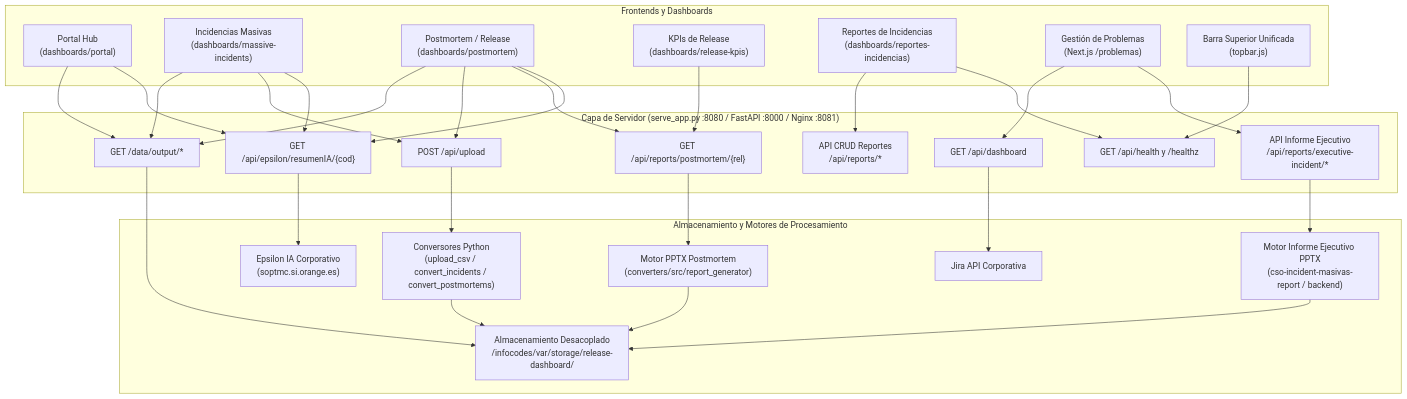
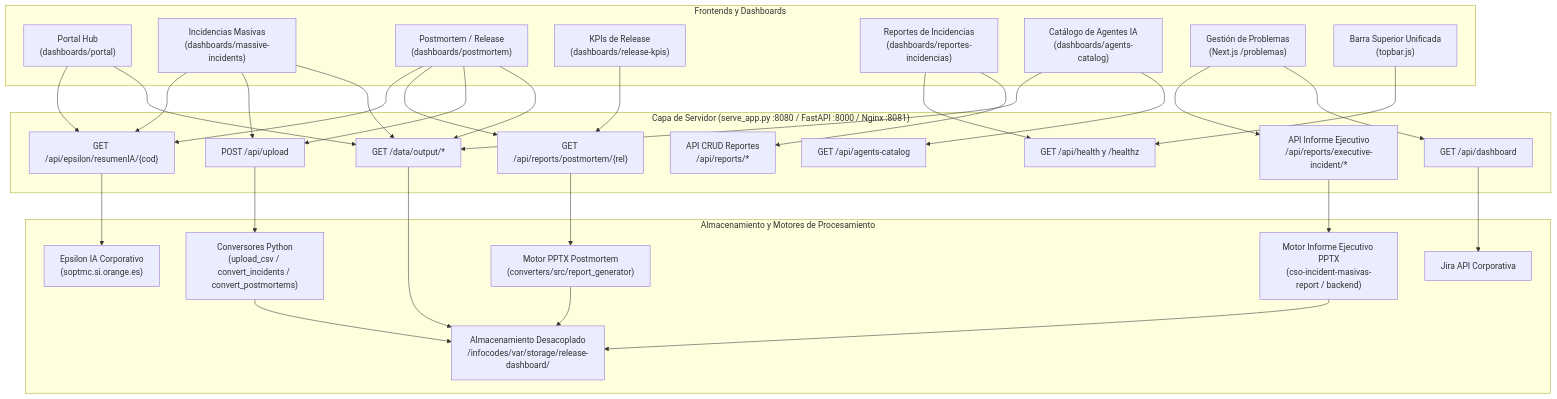
One commit to jfdelafuente/release-dashboard-application changed the diagram in docs/DASHBOARDS-API.md. Above: the diagram before and after it, drawn with Mermaid. The commit also changed other lines of this file and 7 other files, not shown here.

Commit message:
docs: actualizar documentacion de dashboards, estructura y changelog con catalogo de agentes IA

````diff
--- a/docs/DASHBOARDS-API.md
+++ b/docs/DASHBOARDS-API.md
@@ -18,60 +19,64 @@
 ```mermaid
 flowchart TD
     subgraph Frontend["Frontends y Dashboards"]
         P["Portal Hub<br/>(dashboards/portal)"]
         MI["Incidencias Masivas<br/>(dashboards/massive-incidents)"]
         PM["Postmortem / Release<br/>(dashboards/postmortem)"]
         RK["KPIs de Release<br/>(dashboards/release-kpis)"]
         RI["Reportes de Incidencias<br/>(dashboards/reportes-incidencias)"]
+        AC["Catálogo de Agentes IA<br/>(dashboards/agents-catalog)"]
         GP["Gestión de Problemas<br/>(Next.js /problemas)"]
         TB["Barra Superior Unificada<br/>(topbar.js)"]
     end
 
     subgraph Backend["Capa de Servidor (serve_app.py :8080 / FastAPI :8000 / Nginx :8081)"]
         UPL["POST /api/upload"]
         PPT["GET /api/reports/postmortem/{rel}"]
         EXEC["API Informe Ejecutivo<br/>/api/reports/executive-incident/*"]
         REP_CRUD["API CRUD Reportes<br/>/api/reports/*"]
         EPS["GET /api/epsilon/resumenIA/{cod}"]
         HLTH["GET /api/health y /healthz"]
         JIRA["GET /api/dashboard"]
         DATA["GET /data/output/*"]
+        AGCAT["GET /api/agents-catalog"]
     end
 
     subgraph StorageAndEngines["Almacenamiento y Motores de Procesamiento"]
         CONV["Conversores Python<br/>(upload_csv / convert_incidents / convert_postmortems)"]
         STORAGE["Almacenamiento Desacoplado<br/>/infocodes/var/storage/release-dashboard/"]
         PPT_ENG["Motor PPTX Postmortem<br/>(converters/src/report_generator)"]
         EXEC_ENG["Motor Informe Ejecutivo PPTX<br/>(cso-incident-masivas-report / backend)"]
         EPS_SVC["Epsilon IA Corporativo<br/>(soptmc.si.orange.es)"]
         JIRA_SVC["Jira API Corporativa"]
     end
 
     %% Conexiones Frontend -> Backend
     P --> DATA
     P --> EPS
     MI --> DATA
     MI --> UPL
     MI --> EPS
     PM --> DATA
     PM --> UPL
     PM --> PPT
     PM --> EPS
     RK --> PPT
     RI --> REP_CRUD
     RI --> HLTH
+    AC --> AGCAT
+    AC --> DATA
     GP --> JIRA
     GP --> EXEC
     TB --> HLTH
 
     %% Conexiones Backend -> Motores / Almacenamiento
     UPL --> CONV
     CONV --> STORAGE
     DATA --> STORAGE
     PPT --> PPT_ENG
     PPT_ENG --> STORAGE
     EXEC --> EXEC_ENG
     EXEC_ENG --> STORAGE
     EPS --> EPS_SVC
     JIRA --> JIRA_SVC
 ```
````
